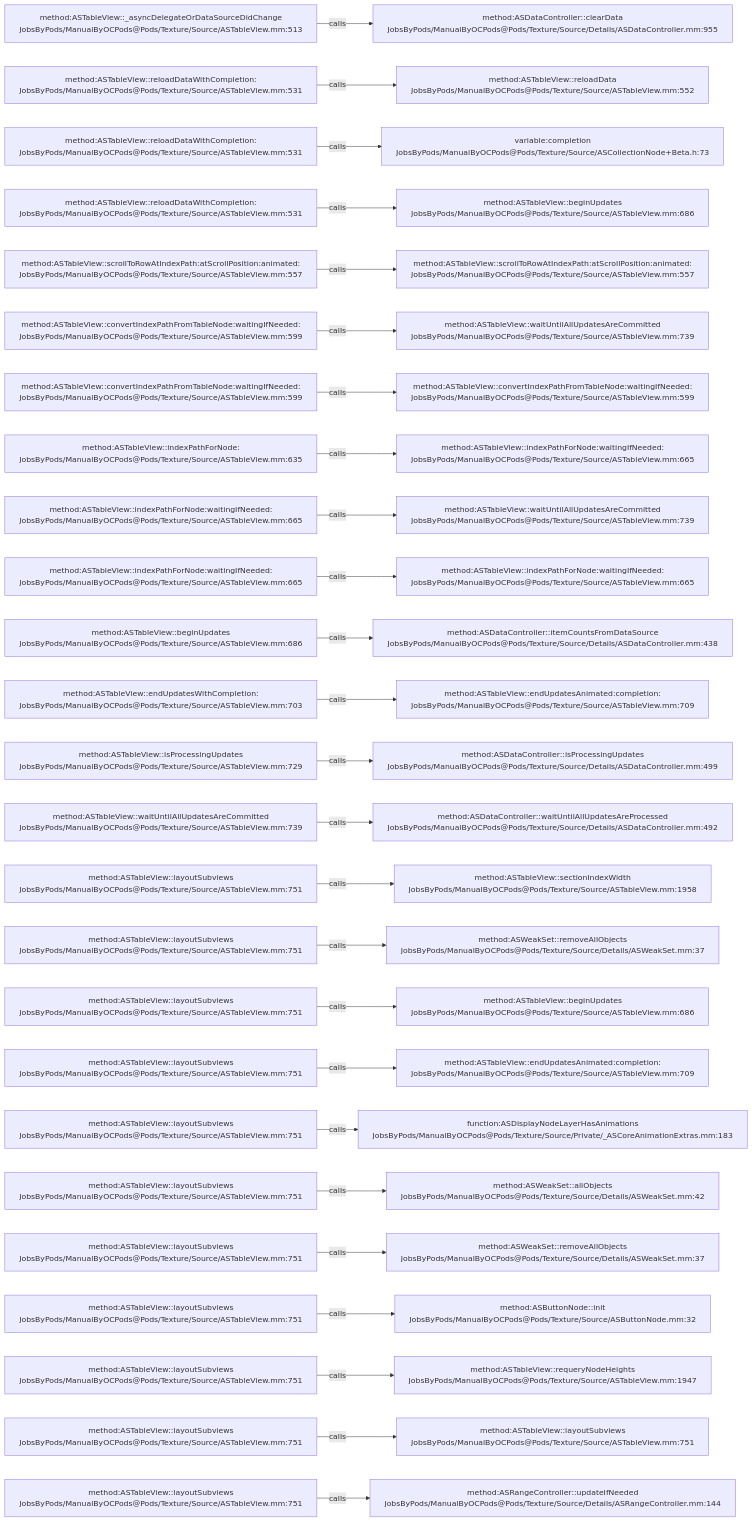
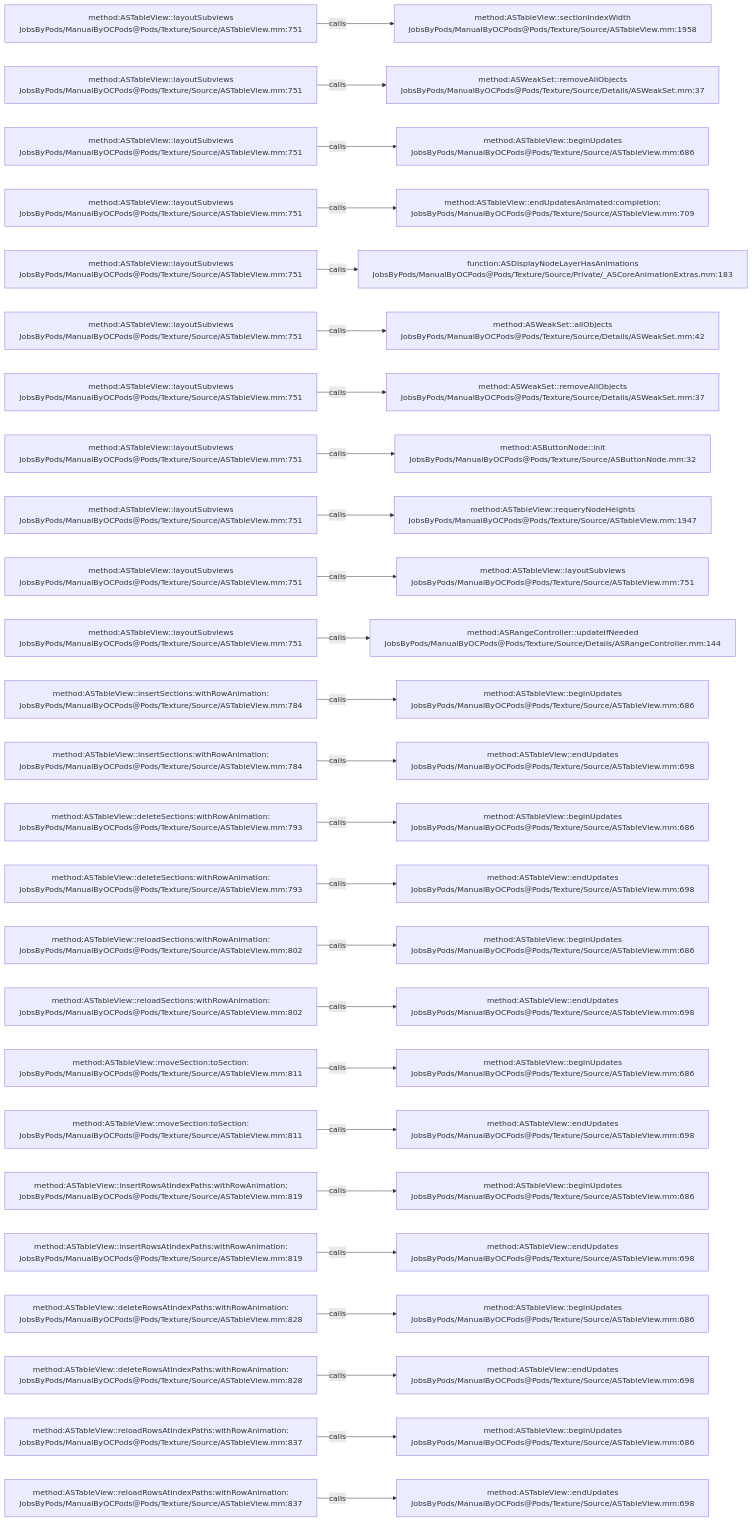
The diagram in .codegraph/codegraph.md/graphs/calls-129.md (JobsKits/JobsOCBaseConfigDemo), drawn with Mermaid before and after one commit. The commit also changed 296 other files, not shown here.

````diff
--- a/.codegraph/codegraph.md/graphs/calls-129.md
+++ b/.codegraph/codegraph.md/graphs/calls-129.md
@@ -13,78 +13,78 @@
 ```mermaid
 flowchart LR
-  S1["method:ASTableView::_asyncDelegateOrDataSourceDidChange<br/>JobsByPods/ManualByOCPods@Pods/Texture/Source/ASTableView.mm:513"]
-  T1["method:ASDataController::clearData<br/>JobsByPods/ManualByOCPods@Pods/Texture/Source/Details/ASDataController.mm:955"]
+  S1["method:ASTableView::layoutSubviews<br/>JobsByPods/ManualByOCPods@Pods/Texture/Source/ASTableView.mm:751"]
+  T1["method:ASTableView::sectionIndexWidth<br/>JobsByPods/ManualByOCPods@Pods/Texture/Source/ASTableView.mm:1958"]
   S1 -->|calls| T1
-  S2["method:ASTableView::reloadDataWithCompletion:<br/>JobsByPods/ManualByOCPods@Pods/Texture/Source/ASTableView.mm:531"]
-  T2["method:ASTableView::reloadData<br/>JobsByPods/ManualByOCPods@Pods/Texture/Source/ASTableView.mm:552"]
+  S2["method:ASTableView::layoutSubviews<br/>JobsByPods/ManualByOCPods@Pods/Texture/Source/ASTableView.mm:751"]
+  T2["method:ASWeakSet::removeAllObjects<br/>JobsByPods/ManualByOCPods@Pods/Texture/Source/Details/ASWeakSet.mm:37"]
   S2 -->|calls| T2
-  S3["method:ASTableView::reloadDataWithCompletion:<br/>JobsByPods/ManualByOCPods@Pods/Texture/Source/ASTableView.mm:531"]
-  T3["variable:completion<br/>JobsByPods/ManualByOCPods@Pods/Texture/Source/ASCollectionNode+Beta.h:73"]
+  S3["method:ASTableView::layoutSubviews<br/>JobsByPods/ManualByOCPods@Pods/Texture/Source/ASTableView.mm:751"]
+  T3["method:ASTableView::beginUpdates<br/>JobsByPods/ManualByOCPods@Pods/Texture/Source/ASTableView.mm:686"]
   S3 -->|calls| T3
-  S4["method:ASTableView::reloadDataWithCompletion:<br/>JobsByPods/ManualByOCPods@Pods/Texture/Source/ASTableView.mm:531"]
-  T4["method:ASTableView::beginUpdates<br/>JobsByPods/ManualByOCPods@Pods/Texture/Source/ASTableView.mm:686"]
+  S4["method:ASTableView::layoutSubviews<br/>JobsByPods/ManualByOCPods@Pods/Texture/Source/ASTableView.mm:751"]
+  T4["method:ASTableView::endUpdatesAnimated:completion:<br/>JobsByPods/ManualByOCPods@Pods/Texture/Source/ASTableView.mm:709"]
   S4 -->|calls| T4
-  S5["method:ASTableView::scrollToRowAtIndexPath:atScrollPosition:animated:<br/>JobsByPods/ManualByOCPods@Pods/Texture/Source/ASTableView.mm:557"]
-  T5["method:ASTableView::scrollToRowAtIndexPath:atScrollPosition:animated:<br/>JobsByPods/ManualByOCPods@Pods/Texture/Source/ASTableView.mm:557"]
+  S5["method:ASTableView::layoutSubviews<br/>JobsByPods/ManualByOCPods@Pods/Texture/Source/ASTableView.mm:751"]
+  T5["function:ASDisplayNodeLayerHasAnimations<br/>JobsByPods/ManualByOCPods@Pods/Texture/Source/Private/_ASCoreAnimationExtras.mm:183"]
   S5 -->|calls| T5
-  S6["method:ASTableView::convertIndexPathFromTableNode:waitingIfNeeded:<br/>JobsByPods/ManualByOCPods@Pods/Texture/Source/ASTableView.mm:599"]
-  T6["method:ASTableView::waitUntilAllUpdatesAreCommitted<br/>JobsByPods/ManualByOCPods@Pods/Texture/Source/ASTableView.mm:739"]
+  S6["method:ASTableView::layoutSubviews<br/>JobsByPods/ManualByOCPods@Pods/Texture/Source/ASTableView.mm:751"]
+  T6["method:ASWeakSet::allObjects<br/>JobsByPods/ManualByOCPods@Pods/Texture/Source/Details/ASWeakSet.mm:42"]
   S6 -->|calls| T6
-  S7["method:ASTableView::convertIndexPathFromTableNode:waitingIfNeeded:<br/>JobsByPods/ManualByOCPods@Pods/Texture/Source/ASTableView.mm:599"]
-  T7["method:ASTableView::convertIndexPathFromTableNode:waitingIfNeeded:<br/>JobsByPods/ManualByOCPods@Pods/Texture/Source/ASTableView.mm:599"]
+  S7["method:ASTableView::layoutSubviews<br/>JobsByPods/ManualByOCPods@Pods/Texture/Source/ASTableView.mm:751"]
+  T7["method:ASWeakSet::removeAllObjects<br/>JobsByPods/ManualByOCPods@Pods/Texture/Source/Details/ASWeakSet.mm:37"]
   S7 -->|calls| T7
-  S8["method:ASTableView::indexPathForNode:<br/>JobsByPods/ManualByOCPods@Pods/Texture/Source/ASTableView.mm:635"]
-  T8["method:ASTableView::indexPathForNode:waitingIfNeeded:<br/>JobsByPods/ManualByOCPods@Pods/Texture/Source/ASTableView.mm:665"]
+  S8["method:ASTableView::layoutSubviews<br/>JobsByPods/ManualByOCPods@Pods/Texture/Source/ASTableView.mm:751"]
+  T8["method:ASButtonNode::init<br/>JobsByPods/ManualByOCPods@Pods/Texture/Source/ASButtonNode.mm:32"]
   S8 -->|calls| T8
-  S9["method:ASTableView::indexPathForNode:waitingIfNeeded:<br/>JobsByPods/ManualByOCPods@Pods/Texture/Source/ASTableView.mm:665"]
-  T9["method:ASTableView::waitUntilAllUpdatesAreCommitted<br/>JobsByPods/ManualByOCPods@Pods/Texture/Source/ASTableView.mm:739"]
+  S9["method:ASTableView::layoutSubviews<br/>JobsByPods/ManualByOCPods@Pods/Texture/Source/ASTableView.mm:751"]
+  T9["method:ASTableView::requeryNodeHeights<br/>JobsByPods/ManualByOCPods@Pods/Texture/Source/ASTableView.mm:1947"]
   S9 -->|calls| T9
-  S10["method:ASTableView::indexPathForNode:waitingIfNeeded:<br/>JobsByPods/ManualByOCPods@Pods/Texture/Source/ASTableView.mm:665"]
-  T10["method:ASTableView::indexPathForNode:waitingIfNeeded:<br/>JobsByPods/ManualByOCPods@Pods/Texture/Source/ASTableView.mm:665"]
+  S10["method:ASTableView::layoutSubviews<br/>JobsByPods/ManualByOCPods@Pods/Texture/Source/ASTableView.mm:751"]
+  T10["method:ASTableView::layoutSubviews<br/>JobsByPods/ManualByOCPods@Pods/Texture/Source/ASTableView.mm:751"]
   S10 -->|calls| T10
-  S11["method:ASTableView::beginUpdates<br/>JobsByPods/ManualByOCPods@Pods/Texture/Source/ASTableView.mm:686"]
-  T11["method:ASDataController::itemCountsFromDataSource<br/>JobsByPods/ManualByOCPods@Pods/Texture/Source/Details/ASDataController.mm:438"]
+  S11["method:ASTableView::layoutSubviews<br/>JobsByPods/ManualByOCPods@Pods/Texture/Source/ASTableView.mm:751"]
+  T11["method:ASRangeController::updateIfNeeded<br/>JobsByPods/ManualByOCPods@Pods/Texture/Source/Details/ASRangeController.mm:144"]
   S11 -->|calls| T11
-  S12["method:ASTableView::endUpdatesWithCompletion:<br/>JobsByPods/ManualByOCPods@Pods/Texture/Source/ASTableView.mm:703"]
-  T12["method:ASTableView::endUpdatesAnimated:completion:<br/>JobsByPods/ManualByOCPods@Pods/Texture/Source/ASTableView.mm:709"]
+  S12["method:ASTableView::insertSections:withRowAnimation:<br/>JobsByPods/ManualByOCPods@Pods/Texture/Source/ASTableView.mm:784"]
+  T12["method:ASTableView::beginUpdates<br/>JobsByPods/ManualByOCPods@Pods/Texture/Source/ASTableView.mm:686"]
   S12 -->|calls| T12
-  S13["method:ASTableView::isProcessingUpdates<br/>JobsByPods/ManualByOCPods@Pods/Texture/Source/ASTableView.mm:729"]
-  T13["method:ASDataController::isProcessingUpdates<br/>JobsByPods/ManualByOCPods@Pods/Texture/Source/Details/ASDataController.mm:499"]
+  S13["method:ASTableView::insertSections:withRowAnimation:<br/>JobsByPods/ManualByOCPods@Pods/Texture/Source/ASTableView.mm:784"]
+  T13["method:ASTableView::endUpdates<br/>JobsByPods/ManualByOCPods@Pods/Texture/Source/ASTableView.mm:698"]
   S13 -->|calls| T13
-  S14["method:ASTableView::waitUntilAllUpdatesAreCommitted<br/>JobsByPods/ManualByOCPods@Pods/Texture/Source/ASTableView.mm:739"]
-  T14["method:ASDataController::waitUntilAllUpdatesAreProcessed<br/>JobsByPods/ManualByOCPods@Pods/Texture/Source/Details/ASDataController.mm:492"]
+  S14["method:ASTableView::deleteSections:withRowAnimation:<br/>JobsByPods/ManualByOCPods@Pods/Texture/Source/ASTableView.mm:793"]
+  T14["method:ASTableView::beginUpdates<br/>JobsByPods/ManualByOCPods@Pods/Texture/Source/ASTableView.mm:686"]
   S14 -->|calls| T14
-  S15["method:ASTableView::layoutSubviews<br/>JobsByPods/ManualByOCPods@Pods/Texture/Source/ASTableView.mm:751"]
-  T15["method:ASTableView::sectionIndexWidth<br/>JobsByPods/ManualByOCPods@Pods/Texture/Source/ASTableView.mm:1958"]
+  S15["method:ASTableView::deleteSections:withRowAnimation:<br/>JobsByPods/ManualByOCPods@Pods/Texture/Source/ASTableView.mm:793"]
+  T15["method:ASTableView::endUpdates<br/>JobsByPods/ManualByOCPods@Pods/Texture/Source/ASTableView.mm:698"]
   S15 -->|calls| T15
-  S16["method:ASTableView::layoutSubviews<br/>JobsByPods/ManualByOCPods@Pods/Texture/Source/ASTableView.mm:751"]
-  T16["method:ASWeakSet::removeAllObjects<br/>JobsByPods/ManualByOCPods@Pods/Texture/Source/Details/ASWeakSet.mm:37"]
+  S16["method:ASTableView::reloadSections:withRowAnimation:<br/>JobsByPods/ManualByOCPods@Pods/Texture/Source/ASTableView.mm:802"]
+  T16["method:ASTableView::beginUpdates<br/>JobsByPods/ManualByOCPods@Pods/Texture/Source/ASTableView.mm:686"]
   S16 -->|calls| T16
-  S17["method:ASTableView::layoutSubviews<br/>JobsByPods/ManualByOCPods@Pods/Texture/Source/ASTableView.mm:751"]
-  T17["method:ASTableView::beginUpdates<br/>JobsByPods/ManualByOCPods@Pods/Texture/Source/ASTableView.mm:686"]
+  S17["method:ASTableView::reloadSections:withRowAnimation:<br/>JobsByPods/ManualByOCPods@Pods/Texture/Source/ASTableView.mm:802"]
+  T17["method:ASTableView::endUpdates<br/>JobsByPods/ManualByOCPods@Pods/Texture/Source/ASTableView.mm:698"]
   S17 -->|calls| T17
-  S18["method:ASTableView::layoutSubviews<br/>JobsByPods/ManualByOCPods@Pods/Texture/Source/ASTableView.mm:751"]
-  T18["method:ASTableView::endUpdatesAnimated:completion:<br/>JobsByPods/ManualByOCPods@Pods/Texture/Source/ASTableView.mm:709"]
+  S18["method:ASTableView::moveSection:toSection:<br/>JobsByPods/ManualByOCPods@Pods/Texture/Source/ASTableView.mm:811"]
+  T18["method:ASTableView::beginUpdates<br/>JobsByPods/ManualByOCPods@Pods/Texture/Source/ASTableView.mm:686"]
   S18 -->|calls| T18
-  S19["method:ASTableView::layoutSubviews<br/>JobsByPods/ManualByOCPods@Pods/Texture/Source/ASTableView.mm:751"]
-  T19["function:ASDisplayNodeLayerHasAnimations<br/>JobsByPods/ManualByOCPods@Pods/Texture/Source/Private/_ASCoreAnimationExtras.mm:183"]
+  S19["method:ASTableView::moveSection:toSection:<br/>JobsByPods/ManualByOCPods@Pods/Texture/Source/ASTableView.mm:811"]
+  T19["method:ASTableView::endUpdates<br/>JobsByPods/ManualByOCPods@Pods/Texture/Source/ASTableView.mm:698"]
   S19 -->|calls| T19
-  S20["method:ASTableView::layoutSubviews<br/>JobsByPods/ManualByOCPods@Pods/Texture/Source/ASTableView.mm:751"]
-  T20["method:ASWeakSet::allObjects<br/>JobsByPods/ManualByOCPods@Pods/Texture/Source/Details/ASWeakSet.mm:42"]
+  S20["method:ASTableView::insertRowsAtIndexPaths:withRowAnimation:<br/>JobsByPods/ManualByOCPods@Pods/Texture/Source/ASTableView.mm:819"]
+  T20["method:ASTableView::beginUpdates<br/>JobsByPods/ManualByOCPods@Pods/Texture/Source/ASTableView.mm:686"]
   S20 -->|calls| T20
-  S21["method:ASTableView::layoutSubviews<br/>JobsByPods/ManualByOCPods@Pods/Texture/Source/ASTableView.mm:751"]
-  T21["method:ASWeakSet::removeAllObjects<br/>JobsByPods/ManualByOCPods@Pods/Texture/Source/Details/ASWeakSet.mm:37"]
+  S21["method:ASTableView::insertRowsAtIndexPaths:withRowAnimation:<br/>JobsByPods/ManualByOCPods@Pods/Texture/Source/ASTableView.mm:819"]
+  T21["method:ASTableView::endUpdates<br/>JobsByPods/ManualByOCPods@Pods/Texture/Source/ASTableView.mm:698"]
   S21 -->|calls| T21
-  S22["method:ASTableView::layoutSubviews<br/>JobsByPods/ManualByOCPods@Pods/Texture/Source/ASTableView.mm:751"]
-  T22["method:ASButtonNode::init<br/>JobsByPods/ManualByOCPods@Pods/Texture/Source/ASButtonNode.mm:32"]
+  S22["method:ASTableView::deleteRowsAtIndexPaths:withRowAnimation:<br/>JobsByPods/ManualByOCPods@Pods/Texture/Source/ASTableView.mm:828"]
+  T22["method:ASTableView::beginUpdates<br/>JobsByPods/ManualByOCPods@Pods/Texture/Source/ASTableView.mm:686"]
   S22 -->|calls| T22
-  S23["method:ASTableView::layoutSubviews<br/>JobsByPods/ManualByOCPods@Pods/Texture/Source/ASTableView.mm:751"]
-  T23["method:ASTableView::requeryNodeHeights<br/>JobsByPods/ManualByOCPods@Pods/Texture/Source/ASTableView.mm:1947"]
+  S23["method:ASTableView::deleteRowsAtIndexPaths:withRowAnimation:<br/>JobsByPods/ManualByOCPods@Pods/Texture/Source/ASTableView.mm:828"]
+  T23["method:ASTableView::endUpdates<br/>JobsByPods/ManualByOCPods@Pods/Texture/Source/ASTableView.mm:698"]
   S23 -->|calls| T23
-  S24["method:ASTableView::layoutSubviews<br/>JobsByPods/ManualByOCPods@Pods/Texture/Source/ASTableView.mm:751"]
-  T24["method:ASTableView::layoutSubviews<br/>JobsByPods/ManualByOCPods@Pods/Texture/Source/ASTableView.mm:751"]
+  S24["method:ASTableView::reloadRowsAtIndexPaths:withRowAnimation:<br/>JobsByPods/ManualByOCPods@Pods/Texture/Source/ASTableView.mm:837"]
+  T24["method:ASTableView::beginUpdates<br/>JobsByPods/ManualByOCPods@Pods/Texture/Source/ASTableView.mm:686"]
   S24 -->|calls| T24
-  S25["method:ASTableView::layoutSubviews<br/>JobsByPods/ManualByOCPods@Pods/Texture/Source/ASTableView.mm:751"]
-  T25["method:ASRangeController::updateIfNeeded<br/>JobsByPods/ManualByOCPods@Pods/Texture/Source/Details/ASRangeController.mm:144"]
+  S25["method:ASTableView::reloadRowsAtIndexPaths:withRowAnimation:<br/>JobsByPods/ManualByOCPods@Pods/Texture/Source/ASTableView.mm:837"]
+  T25["method:ASTableView::endUpdates<br/>JobsByPods/ManualByOCPods@Pods/Texture/Source/ASTableView.mm:698"]
   S25 -->|calls| T25
 ```
````
